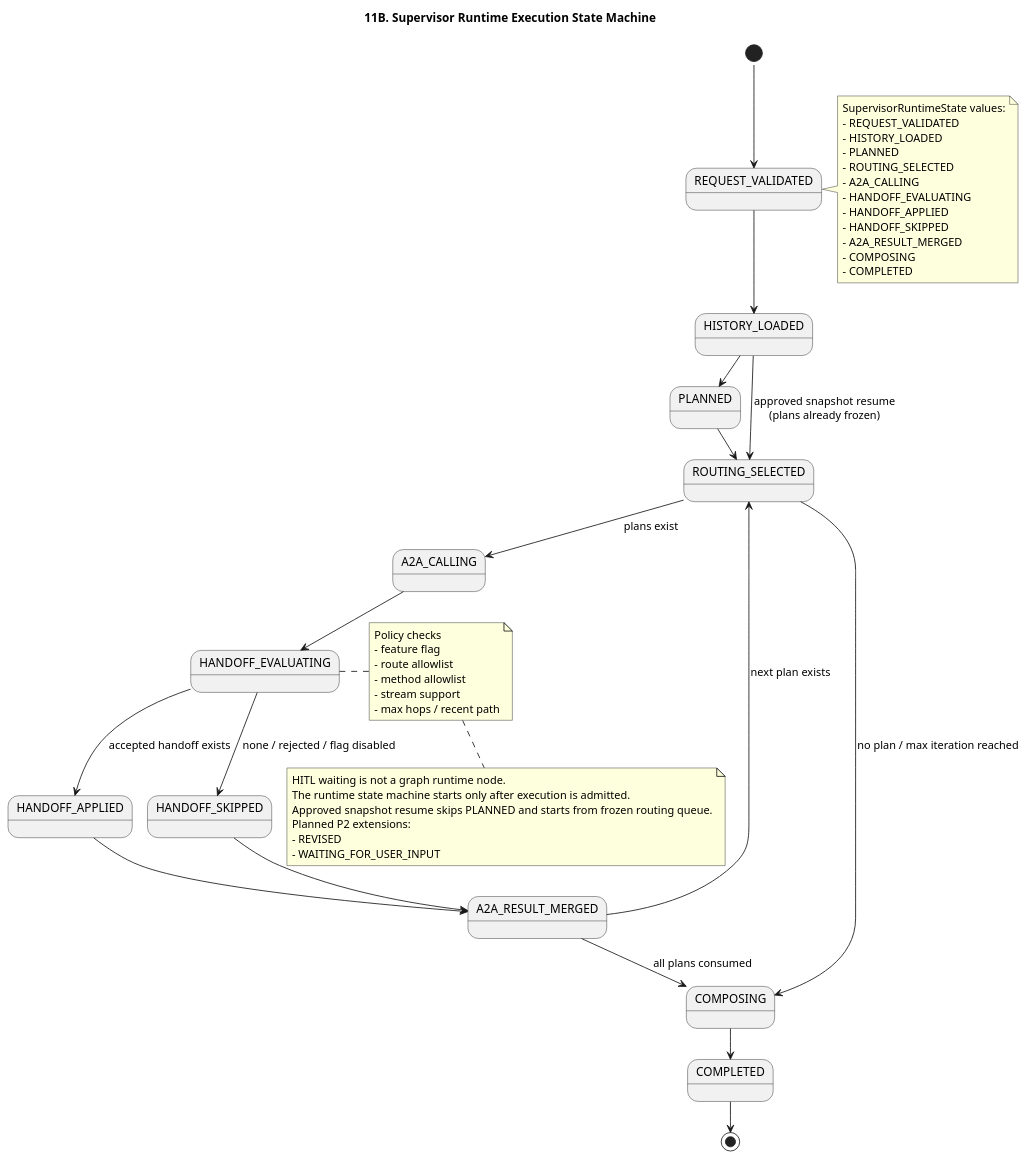
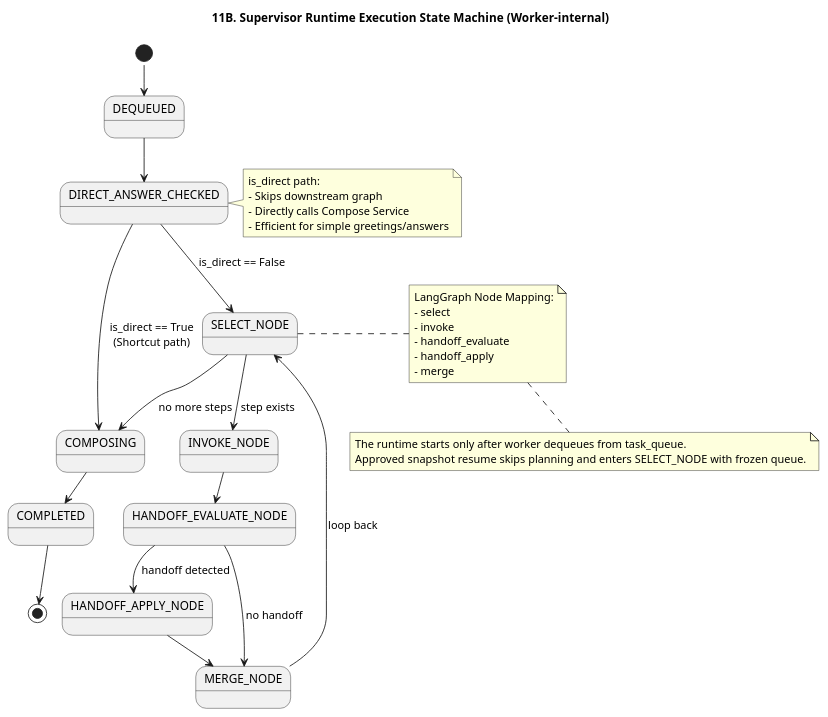
The second of 2 diagrams in a2a-host_agent-architecture/11-supervisor-state-machine.puml (kim57uak/smart-supervisor-sub-agent), drawn with PlantUML before and after one commit. The commit also changed other lines of this file and 197 other files, not shown here.

```diff
--- a/a2a-host_agent-architecture/11-supervisor-state-machine.puml
+++ b/a2a-host_agent-architecture/11-supervisor-state-machine.puml
@@ -36,57 +32,45 @@
 @startuml
 !pragma layout smetana
-title 11B. Supervisor Runtime Execution State Machine
+title 11B. Supervisor Runtime Execution State Machine (Worker-internal)
 
 skinparam shadowing false
 
-[*] --> REQUEST_VALIDATED
-REQUEST_VALIDATED --> HISTORY_LOADED
-HISTORY_LOADED --> PLANNED
-PLANNED --> ROUTING_SELECTED
-HISTORY_LOADED --> ROUTING_SELECTED : approved snapshot resume\n(plans already frozen)
-ROUTING_SELECTED --> A2A_CALLING : plans exist
-ROUTING_SELECTED --> COMPOSING : no plan / max iteration reached
+[*] --> DEQUEUED
+DEQUEUED --> DIRECT_ANSWER_CHECKED
+DIRECT_ANSWER_CHECKED --> COMPOSING : is_direct == True\n(Shortcut path)
+DIRECT_ANSWER_CHECKED --> SELECT_NODE : is_direct == False
 
-A2A_CALLING --> HANDOFF_EVALUATING
-HANDOFF_EVALUATING --> HANDOFF_APPLIED : accepted handoff exists
-HANDOFF_EVALUATING --> HANDOFF_SKIPPED : none / rejected / flag disabled
-HANDOFF_APPLIED --> A2A_RESULT_MERGED
-HANDOFF_SKIPPED --> A2A_RESULT_MERGED
-A2A_RESULT_MERGED --> ROUTING_SELECTED : next plan exists
-A2A_RESULT_MERGED --> COMPOSING : all plans consumed
+SELECT_NODE --> INVOKE_NODE : step exists
+SELECT_NODE --> COMPOSING : no more steps
+
+INVOKE_NODE --> HANDOFF_EVALUATE_NODE
+HANDOFF_EVALUATE_NODE --> HANDOFF_APPLY_NODE : handoff detected
+HANDOFF_EVALUATE_NODE --> MERGE_NODE : no handoff
+HANDOFF_APPLY_NODE --> MERGE_NODE
+
+MERGE_NODE --> SELECT_NODE : loop back
+
 COMPOSING --> COMPLETED
 COMPLETED --> [*]
 
-note right of REQUEST_VALIDATED
-SupervisorRuntimeState values:
-- REQUEST_VALIDATED
-- HISTORY_LOADED
-- PLANNED
-- ROUTING_SELECTED
-- A2A_CALLING
-- HANDOFF_EVALUATING
-- HANDOFF_APPLIED
-- HANDOFF_SKIPPED
-- A2A_RESULT_MERGED
-- COMPOSING
-- COMPLETED
+note right of DIRECT_ANSWER_CHECKED
+is_direct path:
+- Skips downstream graph
+- Directly calls Compose Service
+- Efficient for simple greetings/answers
 end note
 
-note right of HANDOFF_EVALUATING
-Policy checks
-- feature flag
-- route allowlist
-- method allowlist
-- stream support
-- max hops / recent path
+note right of SELECT_NODE
+LangGraph Node Mapping:
+- select
+- invoke
+- handoff_evaluate
+- handoff_apply
+- merge
 end note
 
 note bottom
-HITL waiting is not a graph runtime node.
-The runtime state machine starts only after execution is admitted.
-Approved snapshot resume skips PLANNED and starts from frozen routing queue.
-Planned P2 extensions:
-- REVISED
-- WAITING_FOR_USER_INPUT
+The runtime starts only after worker dequeues from task_queue.
+Approved snapshot resume skips planning and enters SELECT_NODE with frozen queue.
 end note
 @enduml
```
